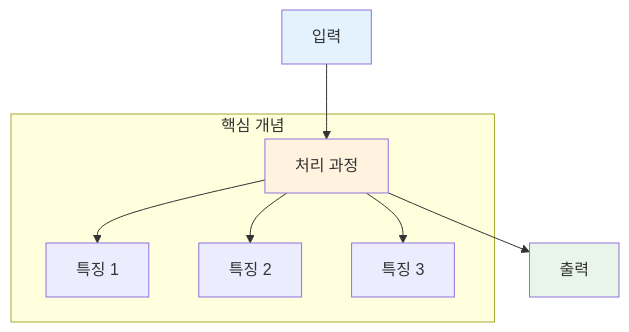
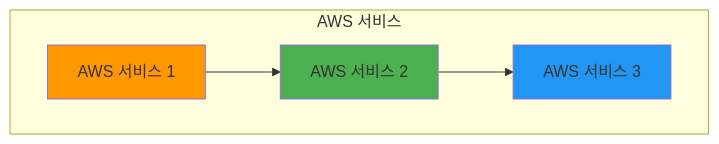
The first of 14 diagrams in .amazonq/rules/lecture_template_rules.md (niceguy61/kdt_devops_lecture_2025), drawn with Mermaid before and after one commit. The commit also changed other lines of this file and 15 other files, not shown here.

````diff
--- a/.amazonq/rules/lecture_template_rules.md
+++ b/.amazonq/rules/lecture_template_rules.md
@@ -111,15 +183,15 @@
 ```mermaid
 graph TB
-    A[입력] --> B[처리 과정]
-    B --> C[출력]
-    
-    subgraph "핵심 개념"
-        B --> D[특징 1]
-        B --> E[특징 2]
-        B --> F[특징 3]
+    subgraph "AWS 서비스"
+        A1[AWS 서비스 1]
+        A2[AWS 서비스 2]
+        A3[AWS 서비스 3]
     end
     
-    style A fill:#e3f2fd
-    style B fill:#fff3e0
-    style C fill:#e8f5e8
+    A1 --> A2
+    A2 --> A3
+    
+    style A1 fill:#ff9800
+    style A2 fill:#4caf50
+    style A3 fill:#2196f3
 ```
````
